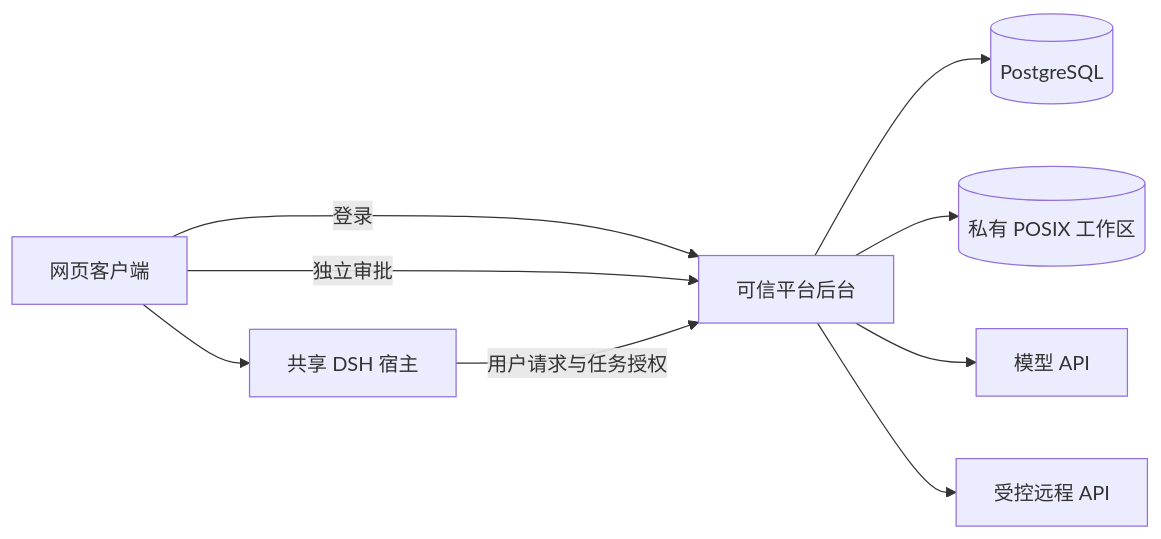
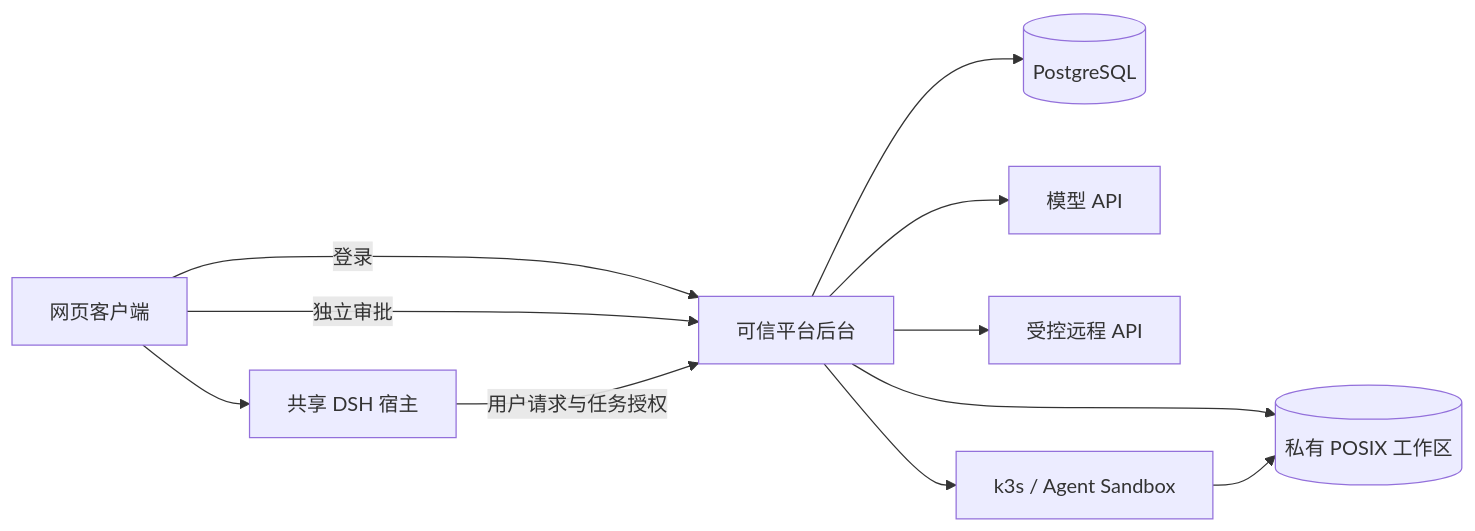
The diagram in products/power-evolve/README.md (naturalnum/deepseek-harness), drawn with Mermaid before and after one commit. The commit also changed other lines of this file and 42 other files, not shown here.

````diff
--- a/products/power-evolve/README.md
+++ b/products/power-evolve/README.md
@@ -7,11 +7,13 @@
 ```mermaid
 flowchart LR
   C[网页客户端] --> H[共享 DSH 宿主]
   C -->|登录| P[可信平台后台]
   C -->|独立审批| P
   H -->|用户请求与任务授权| P
   P --> DB[(PostgreSQL)]
   P --> FS[(私有 POSIX 工作区)]
   P --> M[模型 API]
   P --> A[受控远程 API]
+  P --> K[k3s / Agent Sandbox]
+  K --> FS
 ```
````
